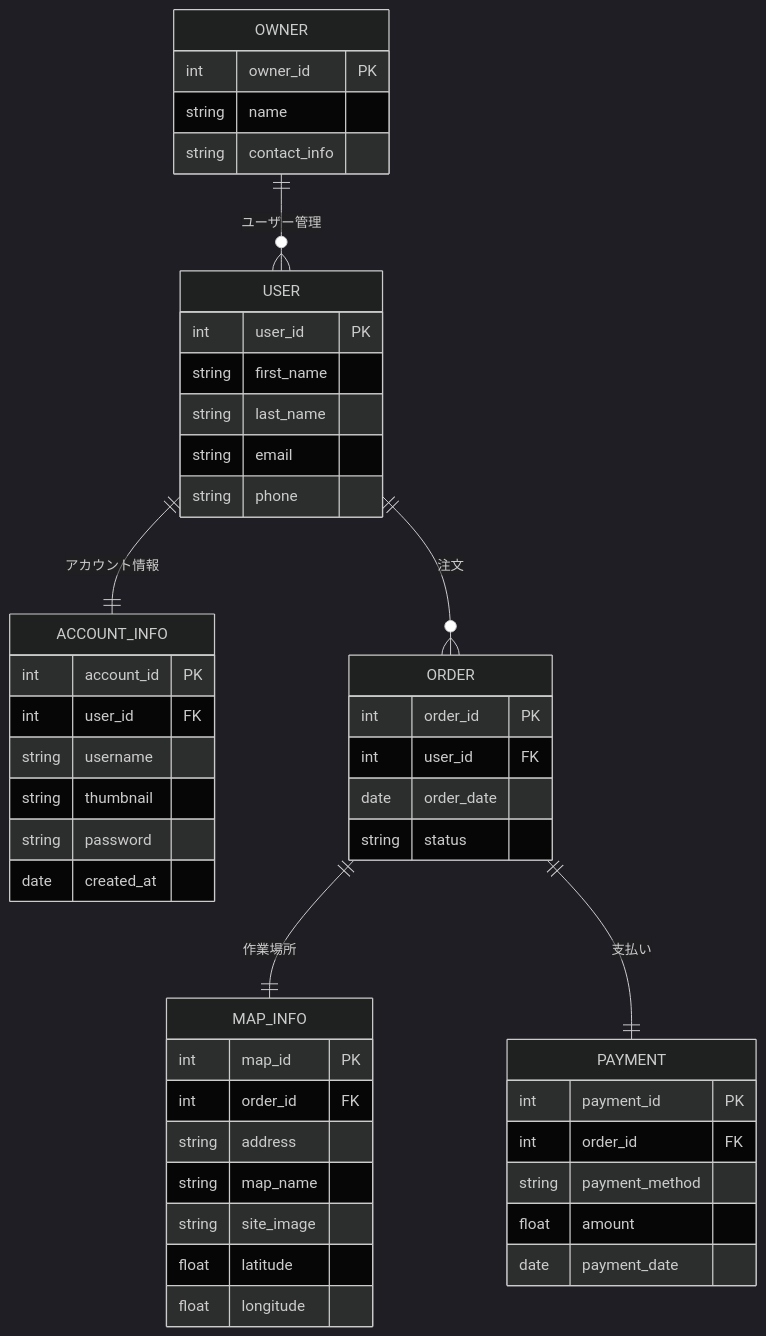
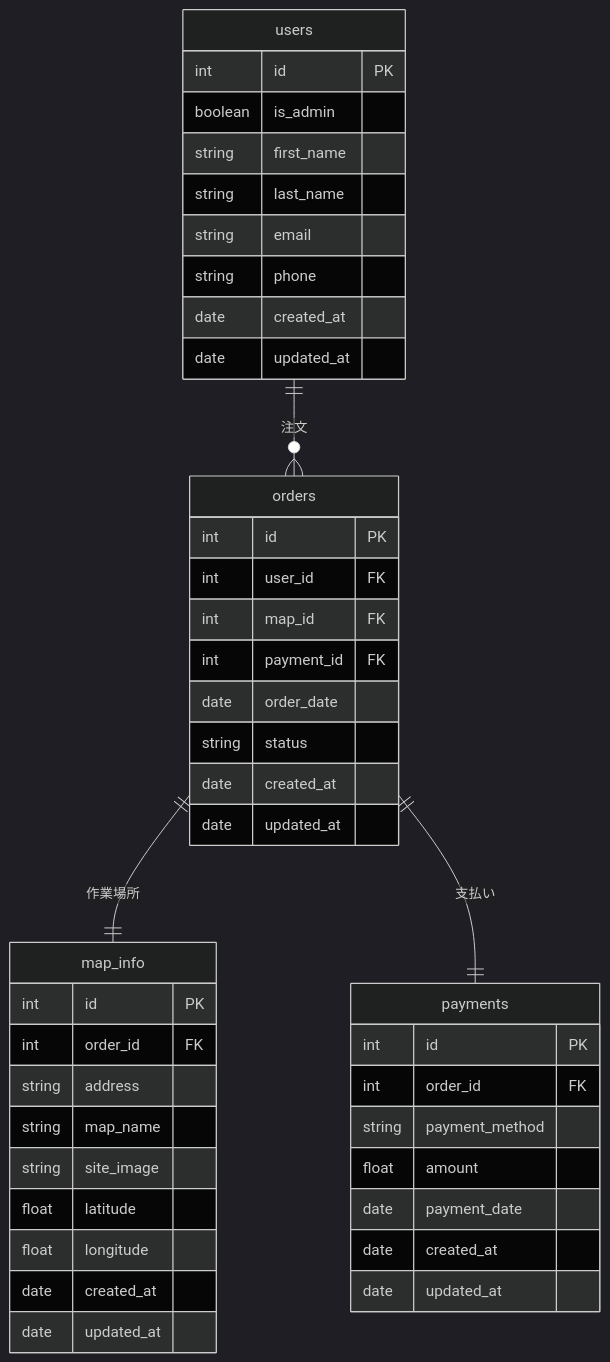
The diagram in docs/er.md (mitsukura/shikimori), drawn with Mermaid (dark theme) before and after one commit.

Commit message:
doc(ER図): ER図の修正

````diff
--- a/docs/er.md
+++ b/docs/er.md
@@ -3,59 +3,53 @@
 ```mermaid
 erDiagram
 
 %% エンティティ定義
-OWNER ||--o{ USER : "ユーザー管理"
-USER ||--|| ACCOUNT_INFO : "アカウント情報"
-USER ||--o{ ORDER : "注文"
-ORDER ||--|| MAP_INFO : "作業場所"
-ORDER ||--|| PAYMENT : "支払い"
+users ||--o{ orders : "注文"
+orders ||--|| map_info : "作業場所"
+orders ||--|| payments : "支払い"
 
 %% エンティティ詳細
-OWNER {
-  int owner_id PK
-  string name
-  string contact_info
-}
-
-USER {
-  int user_id PK
+users {
+  int id PK
+  boolean is_admin
   string first_name
   string last_name
   string email
   string phone
+  date created_at
+  date updated_at
 }
 
-ACCOUNT_INFO {
-  int account_id PK
+orders {
+  int id PK
   int user_id FK
-  string username
-  string thumbnail
-  string password
+  int map_id FK
+  int payment_id FK
+  date order_date
+  string status
   date created_at
+  date updated_at
 }
 
-ORDER {
-  int order_id PK
-  int user_id FK
-  date order_date
-  string status
-}
-
-MAP_INFO {
-  int map_id PK
+map_info {
+  int id PK
   int order_id FK
   string address
   string map_name
   string site_image
   float latitude
   float longitude
+  date created_at
+  date updated_at
 }
 
-PAYMENT {
-  int payment_id PK
+payments {
+  int id PK
   int order_id FK
   string payment_method
   float amount
   date payment_date
+  date created_at
+  date updated_at
 }
 ```
````
